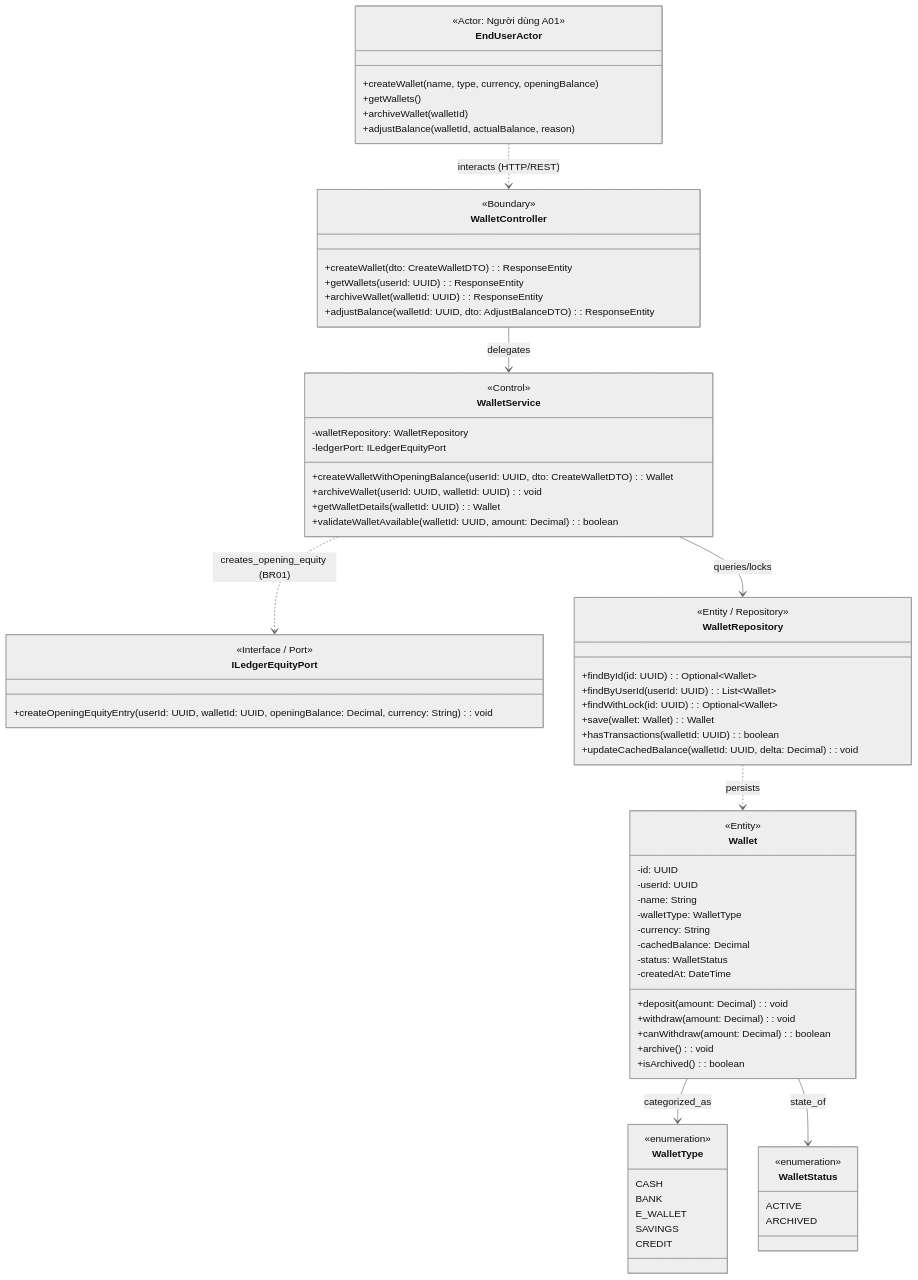
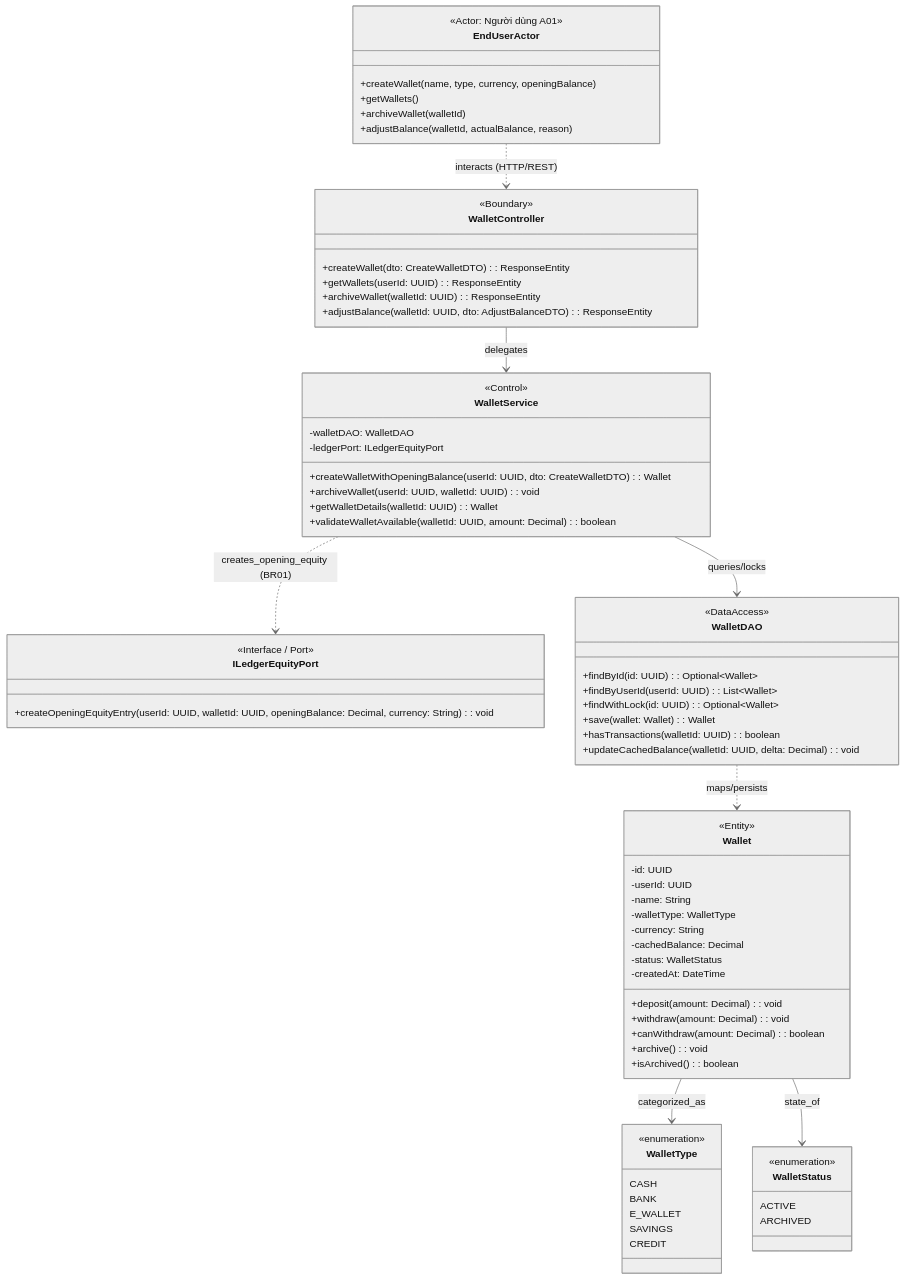
The diagram in docs/02_elaboration/uml_modeling/class_diagram/sources/cd02_wallet_management.mmd (huytothevoz/SE---Microfinance-Personal-Wealth-Expense-Tracker), drawn with Mermaid (neutral theme) before and after one commit. The commit also changed 10 other files, not shown here.

Commit message:
docs(uml): expand BCE to BCE+D with DAO pattern across CD01-CD05

```diff
--- a/docs/02_elaboration/uml_modeling/class_diagram/sources/cd02_wallet_management.mmd
+++ b/docs/02_elaboration/uml_modeling/class_diagram/sources/cd02_wallet_management.mmd
@@ -1,101 +1,101 @@
 classDiagram
     direction TB
 
     %% ==========================================
     %% ACTORS (Tác nhân tương tác)
     %% ==========================================
     class EndUserActor {
         <<Actor: Người dùng A01>>
         +createWallet(name, type, currency, openingBalance)
         +getWallets()
         +archiveWallet(walletId)
         +adjustBalance(walletId, actualBalance, reason)
     }
 
     %% ==========================================
     %% BOUNDARY LAYER (Controllers)
     %% ==========================================
     class WalletController {
         <<Boundary>>
         +createWallet(dto: CreateWalletDTO): ResponseEntity
         +getWallets(userId: UUID): ResponseEntity
         +archiveWallet(walletId: UUID): ResponseEntity
         +adjustBalance(walletId: UUID, dto: AdjustBalanceDTO): ResponseEntity
     }
 
     %% ==========================================
     %% CONTROL LAYER (Services)
     %% ==========================================
     class WalletService {
         <<Control>>
-        -walletRepository: WalletRepository
+        -walletDAO: WalletDAO
         -ledgerPort: ILedgerEquityPort
         +createWalletWithOpeningBalance(userId: UUID, dto: CreateWalletDTO): Wallet
         +archiveWallet(userId: UUID, walletId: UUID): void
         +getWalletDetails(walletId: UUID): Wallet
         +validateWalletAvailable(walletId: UUID, amount: Decimal): boolean
     }
 
     class ILedgerEquityPort {
         <<Interface / Port>>
         +createOpeningEquityEntry(userId: UUID, walletId: UUID, openingBalance: Decimal, currency: String): void
     }
 
     %% ==========================================
-    %% ENTITY / PERSISTENCE LAYER (Repositories)
+    %% DATA ACCESS LAYER (DAOs)
     %% ==========================================
-    class WalletRepository {
-        <<Entity / Repository>>
+    class WalletDAO {
+        <<DataAccess>>
         +findById(id: UUID): Optional~Wallet~
         +findByUserId(userId: UUID): List~Wallet~
         +findWithLock(id: UUID): Optional~Wallet~
         +save(wallet: Wallet): Wallet
         +hasTransactions(walletId: UUID): boolean
         +updateCachedBalance(walletId: UUID, delta: Decimal): void
     }
 
     %% ==========================================
     %% DOMAIN ENTITIES & VALUE OBJECTS
     %% ==========================================
     class Wallet {
         <<Entity>>
         -id: UUID
         -userId: UUID
         -name: String
         -walletType: WalletType
         -currency: String
         -cachedBalance: Decimal
         -status: WalletStatus
         -createdAt: DateTime
         +deposit(amount: Decimal): void
         +withdraw(amount: Decimal): void
         +canWithdraw(amount: Decimal): boolean
         +archive(): void
         +isArchived(): boolean
     }
 
     class WalletType {
         <<enumeration>>
         CASH
         BANK
         E_WALLET
         SAVINGS
         CREDIT
     }
 
     class WalletStatus {
         <<enumeration>>
         ACTIVE
         ARCHIVED
     }
 
     %% ==========================================
     %% RELATIONSHIPS & INTERACTIONS
     %% ==========================================
     EndUserActor ..> WalletController : interacts (HTTP/REST)
     WalletController --> WalletService : delegates
-    WalletService --> WalletRepository : queries/locks
+    WalletService --> WalletDAO : queries/locks
     WalletService ..> ILedgerEquityPort : creates_opening_equity (BR01)
-    WalletRepository ..> Wallet : persists
+    WalletDAO ..> Wallet : maps/persists
     Wallet --> WalletType : categorized_as
     Wallet --> WalletStatus : state_of
```
